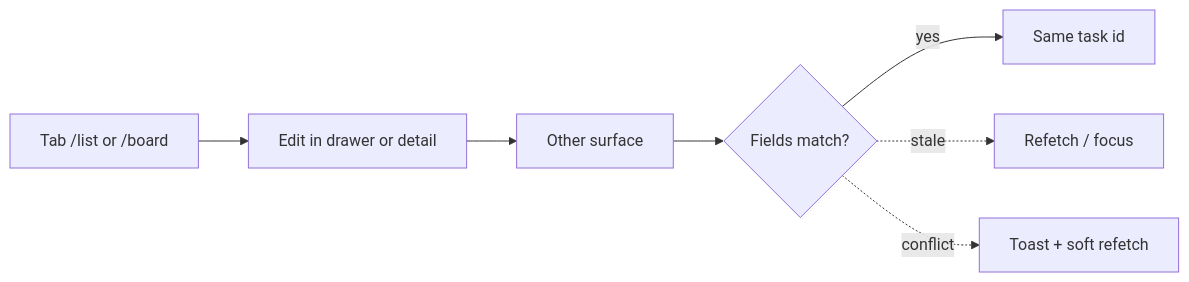
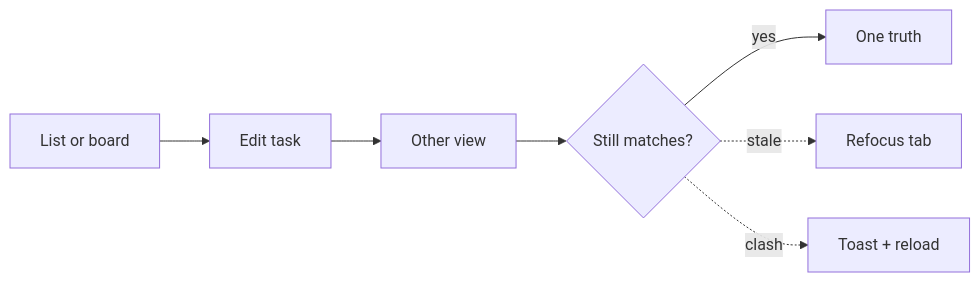
The ninth of 28 diagrams in research/user-journeys.md (wildan-png/todoAppWorkflow-design), drawn with Mermaid before and after one commit. The commit also changed other lines of this file, not shown here.

First line of the commit message:
docs: humanize user journey copy (Part A, steps, diagrams)

````diff
--- a/research/user-journeys.md
+++ b/research/user-journeys.md
@@ -376,9 +376,9 @@
 ```mermaid
 flowchart LR
-  T1["Tab /list or /board"] --> E[Edit in drawer or detail]
-  E --> T2[Other surface]
-  T2 --> C{Fields match?}
-  C -->|yes| OK[Same task id]
-  C -.->|stale| R[Refetch / focus]
-  C -.->|conflict| X[Toast + soft refetch]
+  T1[List or board] --> E[Edit task]
+  E --> T2[Other view]
+  T2 --> C{Still matches?}
+  C -->|yes| OK[One truth]
+  C -.->|stale| R[Refocus tab]
+  C -.->|clash| X[Toast + reload]
 ```
````
